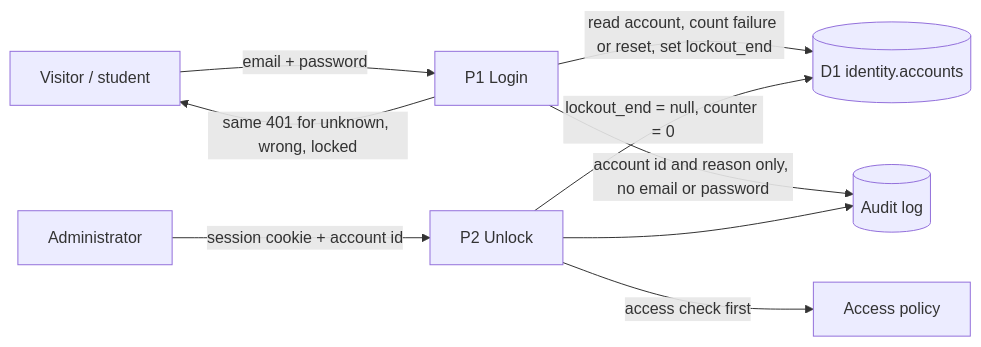
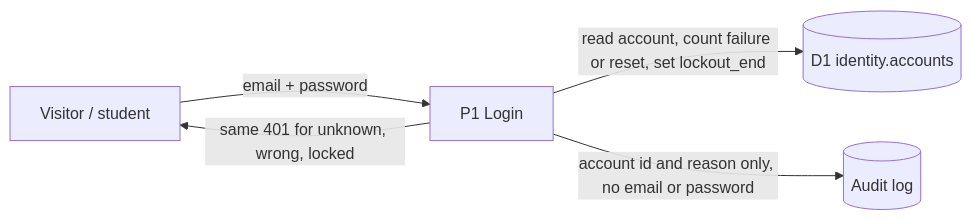
One commit to djufa762x39/security-lab changed the second of 2 diagrams in docs/components/identity/IDN-05-lockout.md. Above: the diagram before and after it, drawn with Mermaid. The commit also changed other lines of this file and 2 other files, not shown here.

Commit message:
IDN-05: update docs for the removed unlock and set Team 4

````diff
--- a/docs/components/identity/IDN-05-lockout.md
+++ b/docs/components/identity/IDN-05-lockout.md
@@ -46,11 +39,7 @@
 ```mermaid
 flowchart LR
   U[Visitor / student] -->|email + password| P1[P1 Login]
   P1 -->|read account, count failure or reset, set lockout_end| D1[(D1 identity.accounts)]
   P1 -->|same 401 for unknown, wrong, locked| U
   P1 -->|account id and reason only, no email or password| D2[(Audit log)]
-  A[Administrator] -->|session cookie + account id| P2[P2 Unlock]
-  P2 -->|access check first| AC[Access policy]
-  P2 -->|lockout_end = null, counter = 0| D1
-  P2 --> D2
 ```
````
